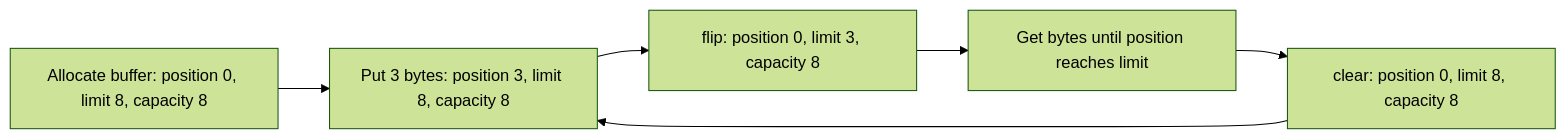
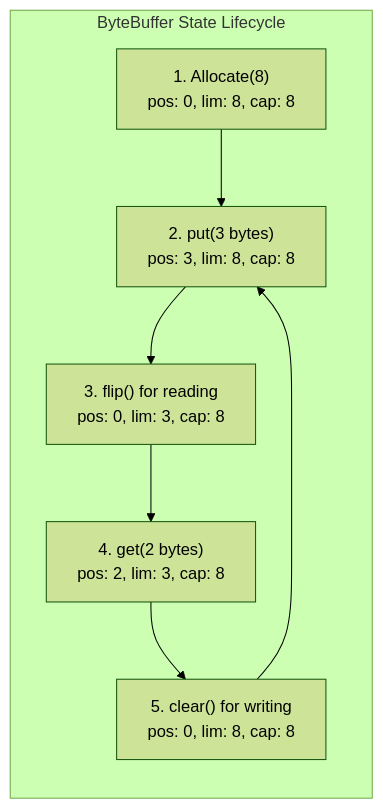
One commit to ravishankar2463/java_hub changed the second of 5 diagrams in content/roadmap/level-2/io-and-nio2.md. Above: the diagram before and after it, drawn with Mermaid (forest theme). The commit also changed other lines of this file, not shown here.

````diff
--- a/content/roadmap/level-2/io-and-nio2.md
+++ b/content/roadmap/level-2/io-and-nio2.md
@@ -125,8 +90,12 @@
 ```mermaid
 flowchart LR
-    allocate["Allocate buffer: position 0, limit 8, capacity 8"] --> put["Put 3 bytes: position 3, limit 8, capacity 8"]
-    put --> flip["flip: position 0, limit 3, capacity 8"]
-    flip --> get["Get bytes until position reaches limit"]
-    get --> clear["clear: position 0, limit 8, capacity 8"]
-    clear --> put
+    subgraph BufferState ["ByteBuffer State Lifecycle"]
+        Alloc["1. Allocate(8)<br/>pos: 0, lim: 8, cap: 8"]
+        Write["2. put(3 bytes)<br/>pos: 3, lim: 8, cap: 8"]
+        Flip["3. flip() for reading<br/>pos: 0, lim: 3, cap: 8"]
+        Read["4. get(2 bytes)<br/>pos: 2, lim: 3, cap: 8"]
+        Clear["5. clear() for writing<br/>pos: 0, lim: 8, cap: 8"]
+    end
+
+    Alloc --> Write --> Flip --> Read --> Clear --> Write
 ```
````
